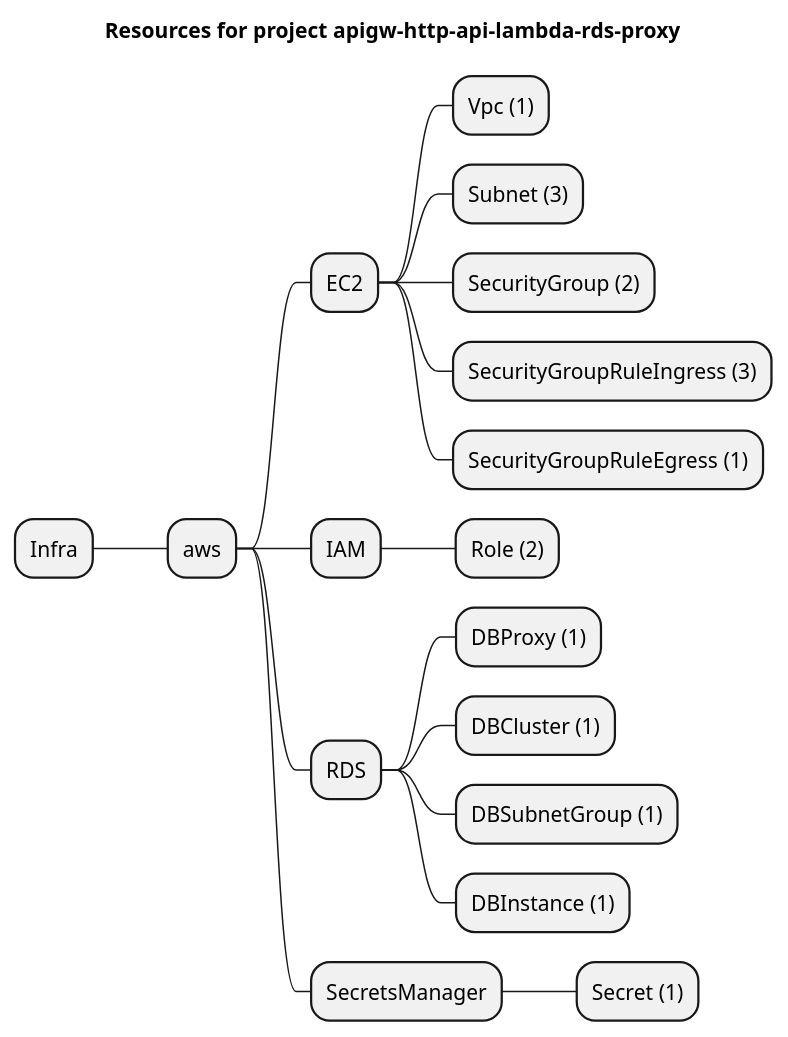
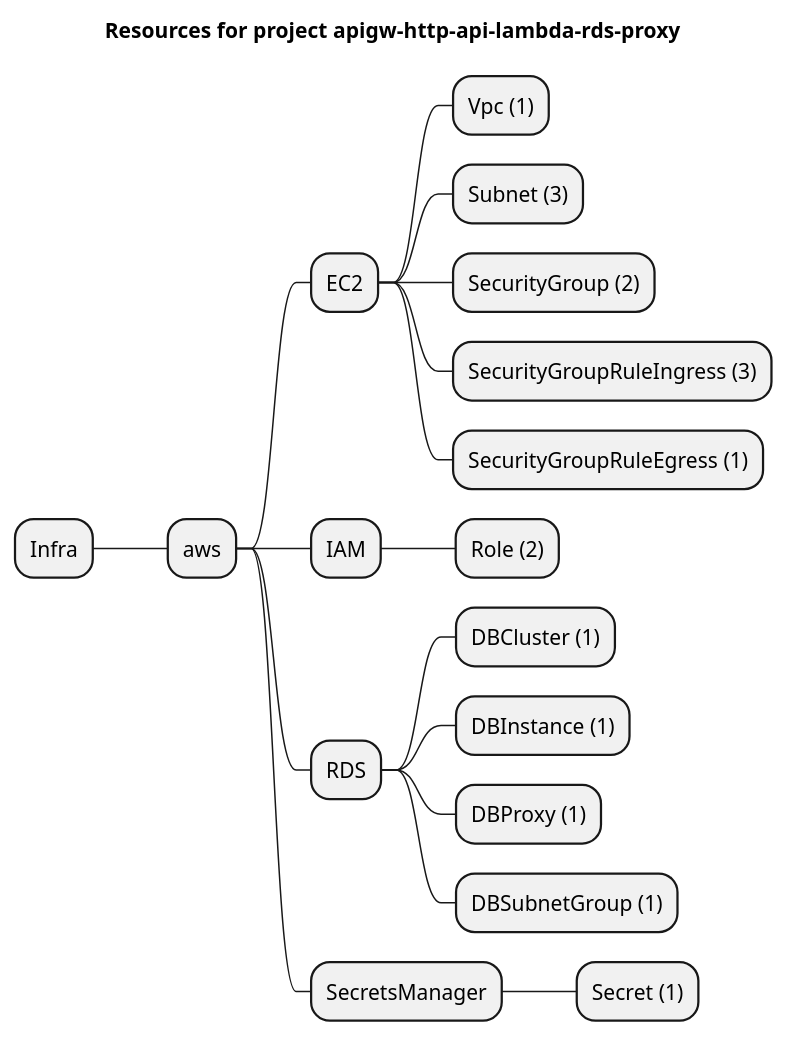
Before and after one commit to grucloud/grucloud: the diagram in examples/aws/RDS/apigw-http-api-lambda-rds-proxy/artifacts/resources-mindmap.puml, drawn with PlantUML. The commit also changed other lines of this file and 5 other files, not shown here.

```diff
--- a/examples/aws/RDS/apigw-http-api-lambda-rds-proxy/artifacts/resources-mindmap.puml
+++ b/examples/aws/RDS/apigw-http-api-lambda-rds-proxy/artifacts/resources-mindmap.puml
@@ -1,21 +1,21 @@
 @startmindmap
 title Resources for project apigw-http-api-lambda-rds-proxy
 skinparam monochrome true
 + Infra
 ++ aws
 +++ EC2
 ++++ Vpc (1)
 ++++ Subnet (3)
 ++++ SecurityGroup (2)
 ++++ SecurityGroupRuleIngress (3)
 ++++ SecurityGroupRuleEgress (1)
 +++ IAM
 ++++ Role (2)
 +++ RDS
+++++ DBCluster (1)
+++++ DBInstance (1)
 ++++ DBProxy (1)
-++++ DBCluster (1)
 ++++ DBSubnetGroup (1)
-++++ DBInstance (1)
 +++ SecretsManager
 ++++ Secret (1)
 @endmindmap
```
